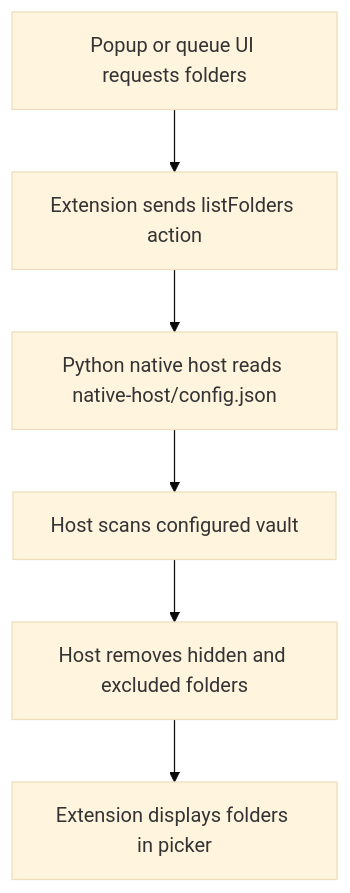
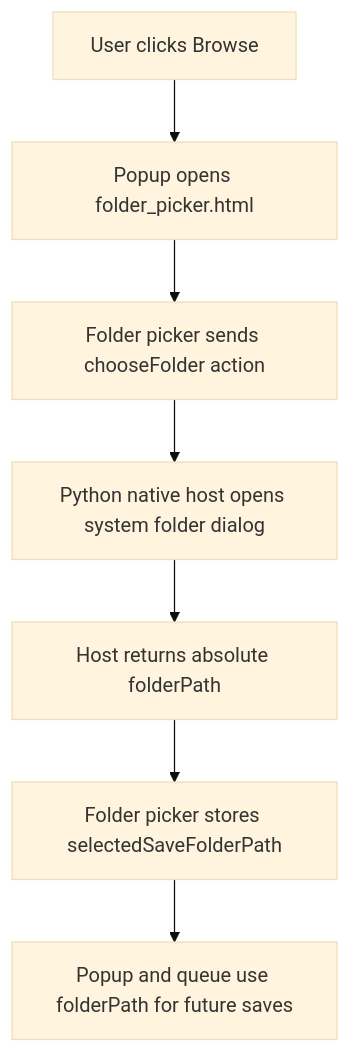
The second of 3 diagrams in WORKFLOW-DIAGRAM.md (zrsobecka/Note-Taker), drawn with Mermaid (base theme) before and after one commit. The commit also changed other lines of this file and 21 other files, not shown here.

````diff
--- a/WORKFLOW-DIAGRAM.md
+++ b/WORKFLOW-DIAGRAM.md
@@ -21,8 +24,9 @@
 ```mermaid
 flowchart TD
-    A["Popup or queue UI requests folders"] --> B["Extension sends listFolders action"]
-    B --> C["Python native host reads native-host/config.json"]
-    C --> D["Host scans configured vault"]
-    D --> E["Host removes hidden and excluded folders"]
-    E --> F["Extension displays folders in picker"]
+    A["User clicks Browse"] --> B["Popup opens folder_picker.html"]
+    B --> C["Folder picker sends chooseFolder action"]
+    C --> D["Python native host opens system folder dialog"]
+    D --> E["Host returns absolute folderPath"]
+    E --> F["Folder picker stores selectedSaveFolderPath"]
+    F --> G["Popup and queue use folderPath for future saves"]
 ```
````
